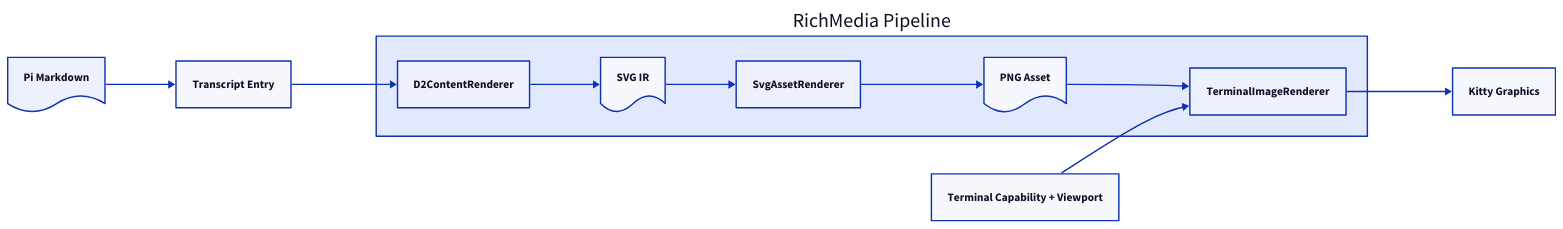
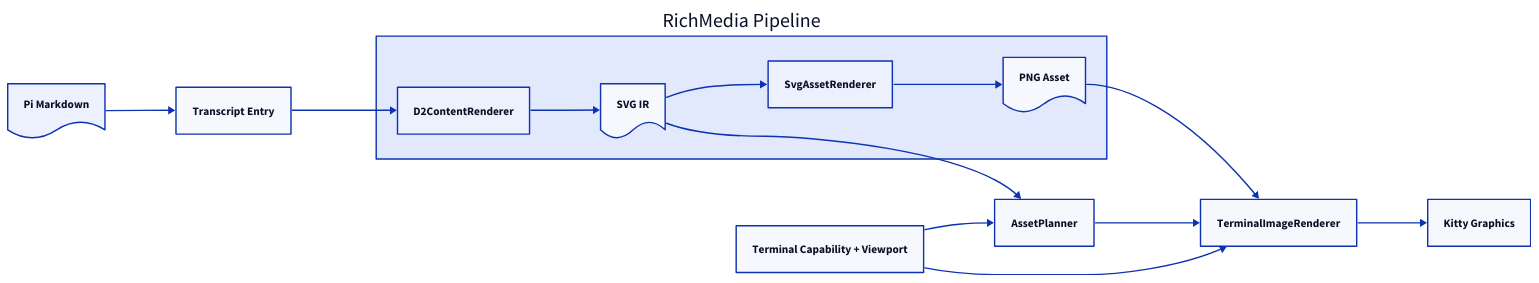
One commit to yanyaoer/pi-inline-viz changed the diagram in README.md. Above: the diagram before and after it, drawn with D2. The commit also changed other lines of this file and 15 other files, not shown here.

Commit message:
feat(renderer): add display-time asset planner

````diff
--- a/README.md
+++ b/README.md
@@ -14,34 +14,39 @@
 ```d2
 direction: right
 
 markdown: Pi Markdown {
   shape: document
 }
 entry: Transcript Entry
 pipeline: RichMedia Pipeline {
   direction: down
   content: ContentRenderer {
     label: D2ContentRenderer
   }
   svg: SVG IR {
     shape: document
   }
   asset: AssetRenderer {
     label: SvgAssetRenderer
   }
   png: PNG Asset {
     shape: document
   }
-  terminal: TerminalRenderer {
-    label: TerminalImageRenderer
-  }
 
-  content -> svg -> asset -> png -> terminal
+  content -> svg -> asset -> png
+}
+planner: AssetPlanner
+terminal: TerminalRenderer {
+  label: TerminalImageRenderer
 }
 environment: Terminal Capability + Viewport
 kitty: Kitty Graphics
 
 markdown -> entry -> pipeline.content
-environment -> pipeline.terminal
-pipeline.terminal -> kitty
+pipeline.svg -> planner
+environment -> planner
+planner -> terminal
+pipeline.png -> terminal
+environment -> terminal
+terminal -> kitty
 ```
````
